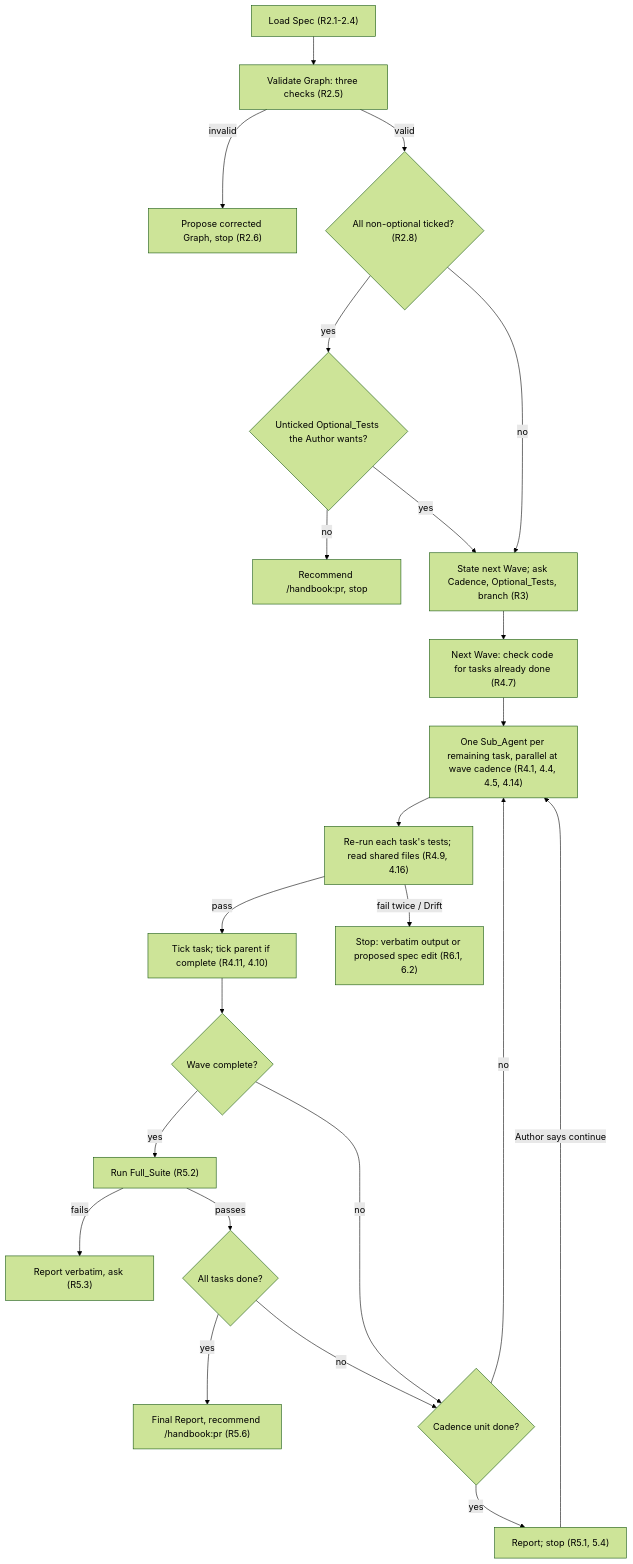
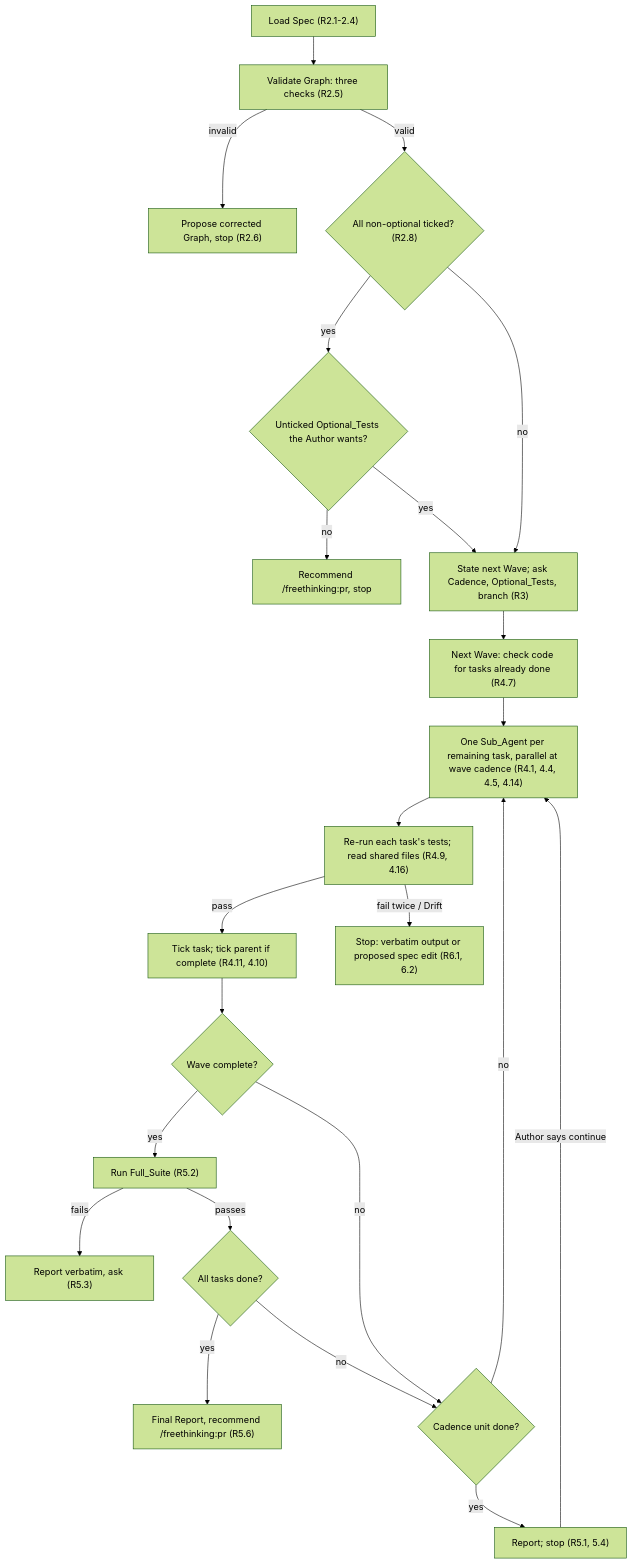
Before and after one commit to freethinkingit/dev_tools: the first of 2 diagrams in .claude/specs/implement-spec/design.md, drawn with Mermaid (forest theme). The commit also changed other lines of this file and 30 other files, not shown here.

````diff
--- a/.claude/specs/implement-spec/design.md
+++ b/.claude/specs/implement-spec/design.md
@@ -13,25 +13,25 @@
 ```mermaid
 flowchart TD
     A["Load Spec (R2.1-2.4)"] --> B["Validate Graph: three checks (R2.5)"]
     B -- invalid --> P["Propose corrected Graph, stop (R2.6)"]
     B -- valid --> C{"All non-optional ticked? (R2.8)"}
     C -- yes --> O{"Unticked Optional_Tests the Author wants?"}
-    O -- no --> Z["Recommend /handbook:pr, stop"]
+    O -- no --> Z["Recommend /freethinking:pr, stop"]
     O -- yes --> D
     C -- no --> D["State next Wave; ask Cadence, Optional_Tests, branch (R3)"]
     D --> H["Next Wave: check code for tasks already done (R4.7)"]
     H --> I["One Sub_Agent per remaining task, parallel at wave cadence (R4.1, 4.4, 4.5, 4.14)"]
     I --> I2["Re-run each task's tests; read shared files (R4.9, 4.16)"]
     I2 -- pass --> J["Tick task; tick parent if complete (R4.11, 4.10)"]
     I2 -- fail twice / Drift --> K["Stop: verbatim output or proposed spec edit (R6.1, 6.2)"]
     J --> W{"Wave complete?"}
     W -- yes --> S["Run Full_Suite (R5.2)"]
     S -- fails --> K2["Report verbatim, ask (R5.3)"]
     S -- passes --> F{"All tasks done?"}
-    F -- yes --> Z2["Final Report, recommend /handbook:pr (R5.6)"]
+    F -- yes --> Z2["Final Report, recommend /freethinking:pr (R5.6)"]
     F -- no --> L
     W -- no --> L{"Cadence unit done?"}
     L -- no --> I
     L -- yes --> M["Report; stop (R5.1, 5.4)"]
     M -- Author says continue --> I
 ```
````
